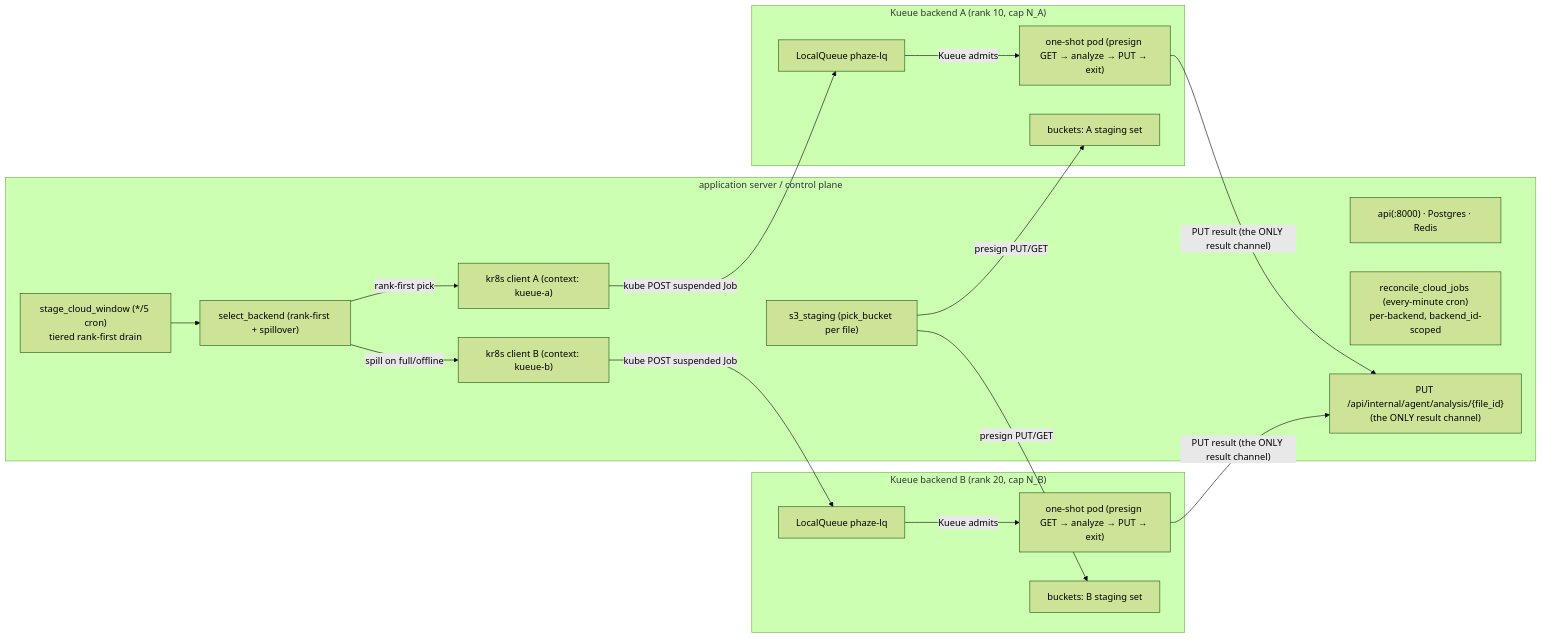
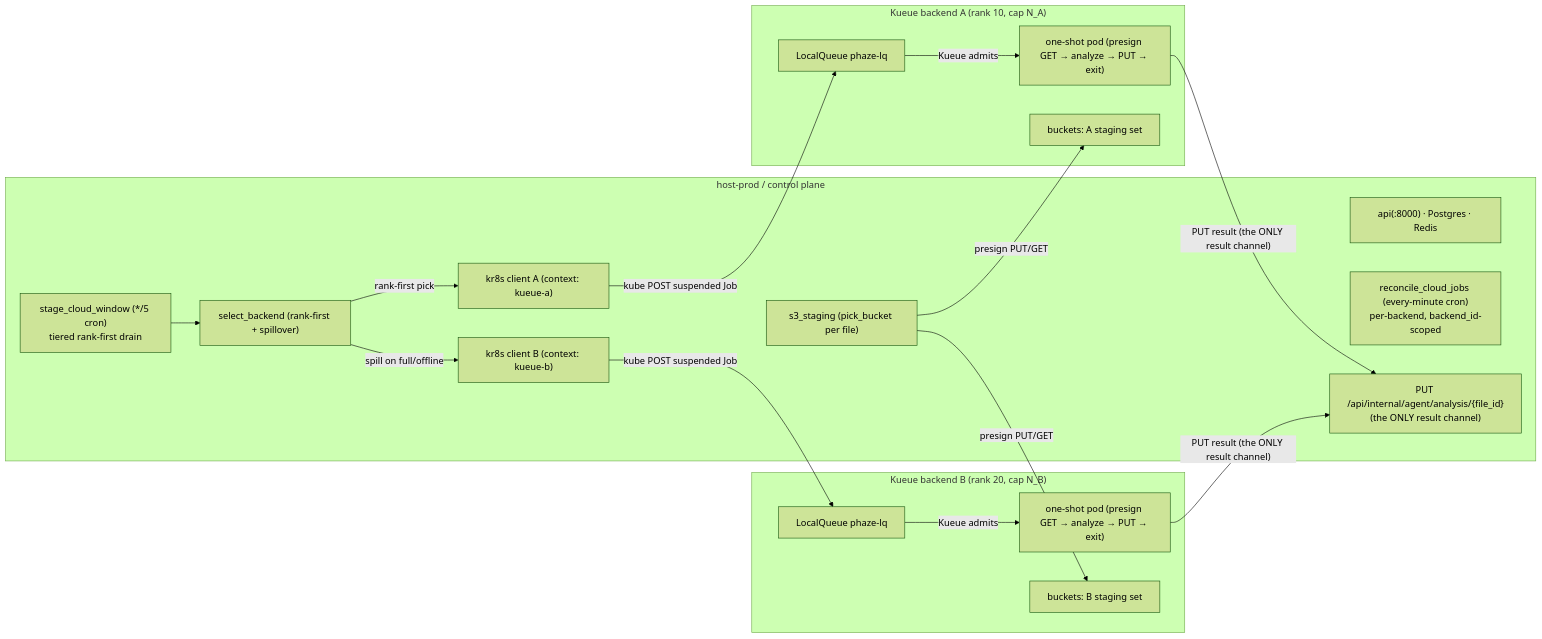
Before and after one commit to SimplicityGuy/phaze: the first of 2 diagrams in docs/k8s-burst.md, drawn with Mermaid (forest theme). The commit also changed other lines of this file and 12 other files, not shown here.

````diff
--- a/docs/k8s-burst.md
+++ b/docs/k8s-burst.md
@@ -57,35 +57,35 @@
 ```mermaid
 flowchart LR
   %% transport-agnostic mesh (Tailscale OR WireGuard)
-  subgraph lux["application server / control plane"]
-    luxsvc["api(:8000) · Postgres · Redis"]
+  subgraph control["host-prod / control plane"]
+    controlsvc["api(:8000) · Postgres · Redis"]
     drain["stage_cloud_window (*/5 cron)<br/>tiered rank-first drain"]
     selbk["select_backend (rank-first + spillover)"]
     s3_staging["s3_staging (pick_bucket per file)"]
     reconcile["reconcile_cloud_jobs (every-minute cron)<br/>per-backend, backend_id-scoped"]
     kc_a["kr8s client A (context: kueue-a)"]
     kc_b["kr8s client B (context: kueue-b)"]
     callback["PUT /api/internal/agent/analysis/{file_id}<br/>(the ONLY result channel)"]
   end
   subgraph clusterA["Kueue backend A (rank 10, cap N_A)"]
     lqA["LocalQueue phaze-lq"]
     podA["one-shot pod (presign GET → analyze → PUT → exit)"]
     bktA["buckets: A staging set"]
   end
   subgraph clusterB["Kueue backend B (rank 20, cap N_B)"]
     lqB["LocalQueue phaze-lq"]
     podB["one-shot pod (presign GET → analyze → PUT → exit)"]
     bktB["buckets: B staging set"]
   end
   drain --> selbk
   selbk -->|"rank-first pick"| kc_a
   selbk -->|"spill on full/offline"| kc_b
   kc_a -->|"kube POST suspended Job"| lqA
   kc_b -->|"kube POST suspended Job"| lqB
   s3_staging -->|"presign PUT/GET"| bktA
   s3_staging -->|"presign PUT/GET"| bktB
   lqA -->|"Kueue admits"| podA
   lqB -->|"Kueue admits"| podB
   podA -->|"PUT result (the ONLY result channel)"| callback
   podB -->|"PUT result (the ONLY result channel)"| callback
 ```
````
